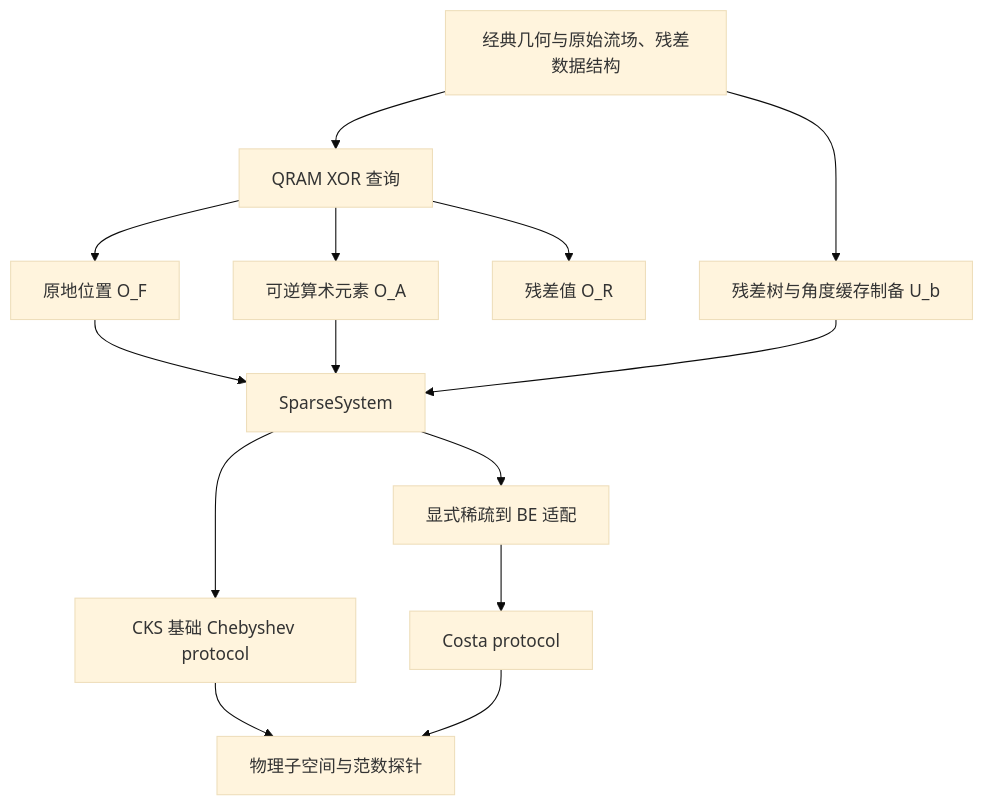
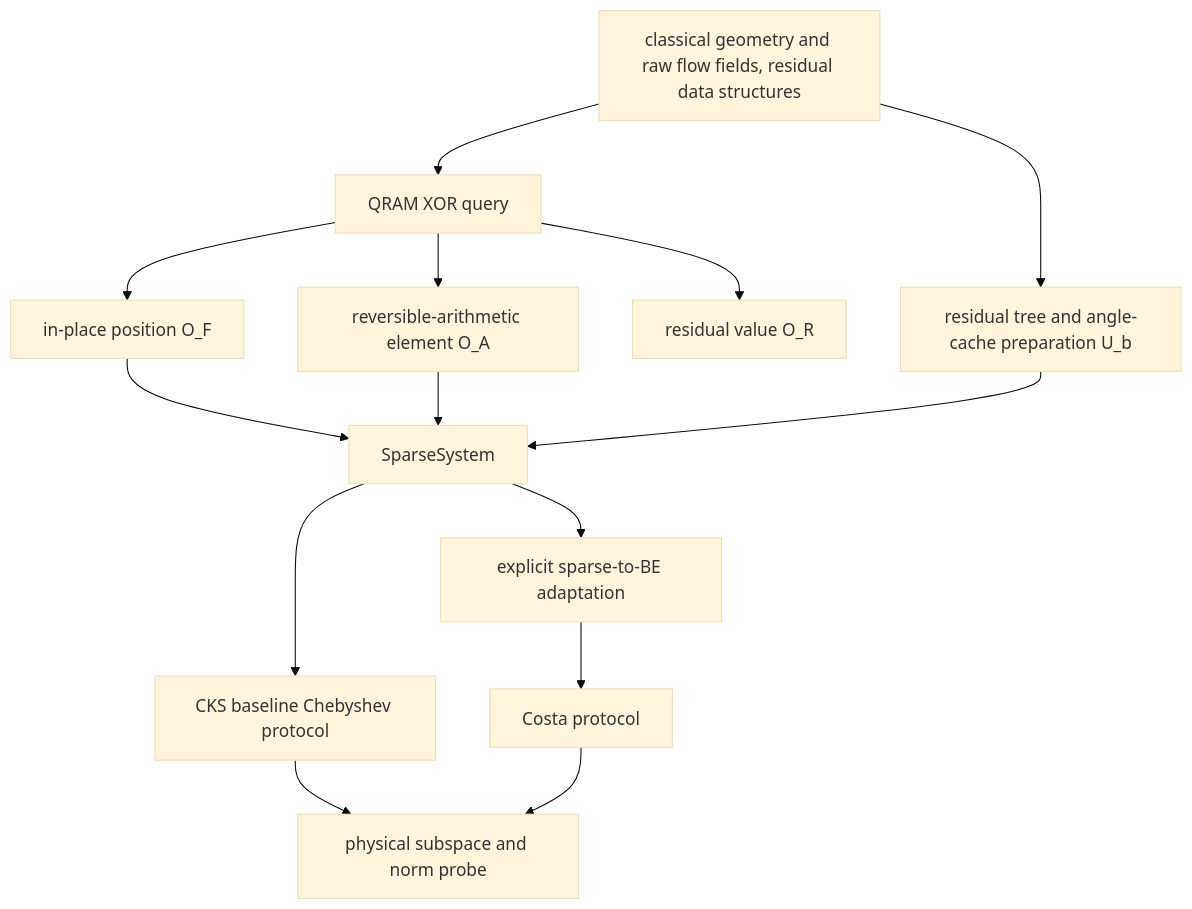
One commit to IAI-USTC-Quantum/oracq changed the diagram in docs/reference/qfvm-input-models.md. Above: the diagram before and after it, drawn with Mermaid (base theme). The commit also changed other lines of this file and 420 other files, not shown here.

````diff
--- a/docs/reference/qfvm-input-models.md
+++ b/docs/reference/qfvm-input-models.md
@@ -45,16 +47,16 @@
 ```mermaid
 flowchart TD
-    D[经典几何与原始流场、残差数据结构] --> Q[QRAM XOR 查询]
-    Q --> F[原地位置 O_F]
-    Q --> E[可逆算术元素 O_A]
-    Q --> R[残差值 O_R]
-    D --> B[残差树与角度缓存制备 U_b]
+    D[classical geometry and raw flow fields, residual data structures] --> Q[QRAM XOR query]
+    Q --> F[in-place position O_F]
+    Q --> E[reversible-arithmetic element O_A]
+    Q --> R[residual value O_R]
+    D --> B[residual tree and angle-cache preparation U_b]
     F --> S[SparseSystem]
     E --> S
     B --> S
-    S --> C[CKS 基础 Chebyshev protocol]
-    S --> A[显式稀疏到 BE 适配]
+    S --> C[CKS baseline Chebyshev protocol]
+    S --> A[explicit sparse-to-BE adaptation]
     A --> W[Costa protocol]
-    C --> O[物理子空间与范数探针]
+    C --> O[physical subspace and norm probe]
     W --> O
 ```
````
